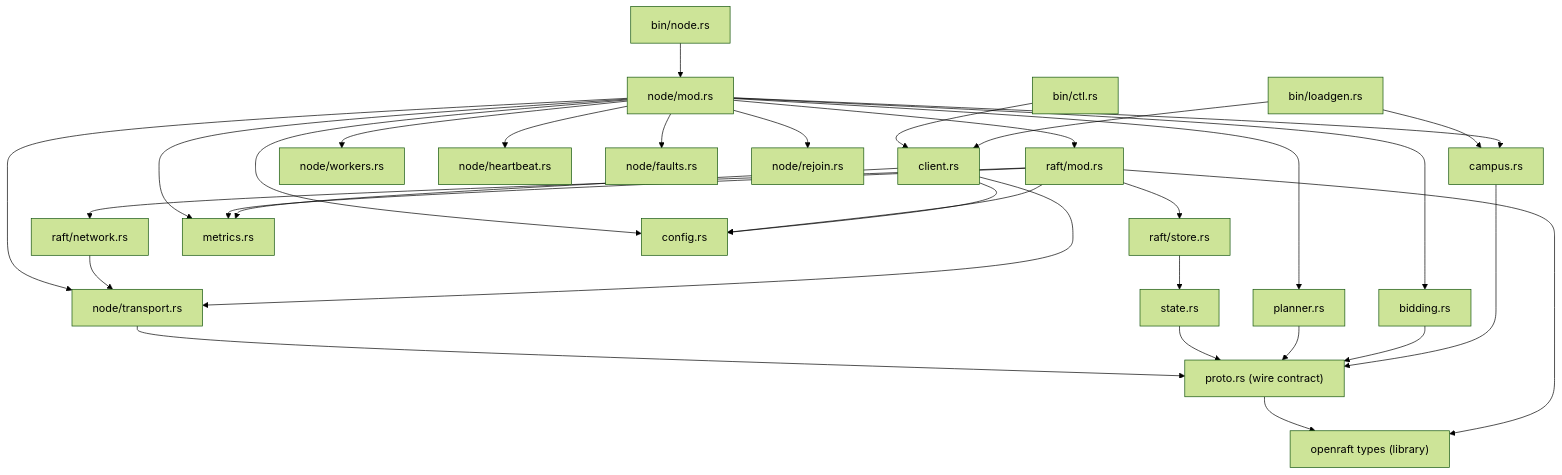
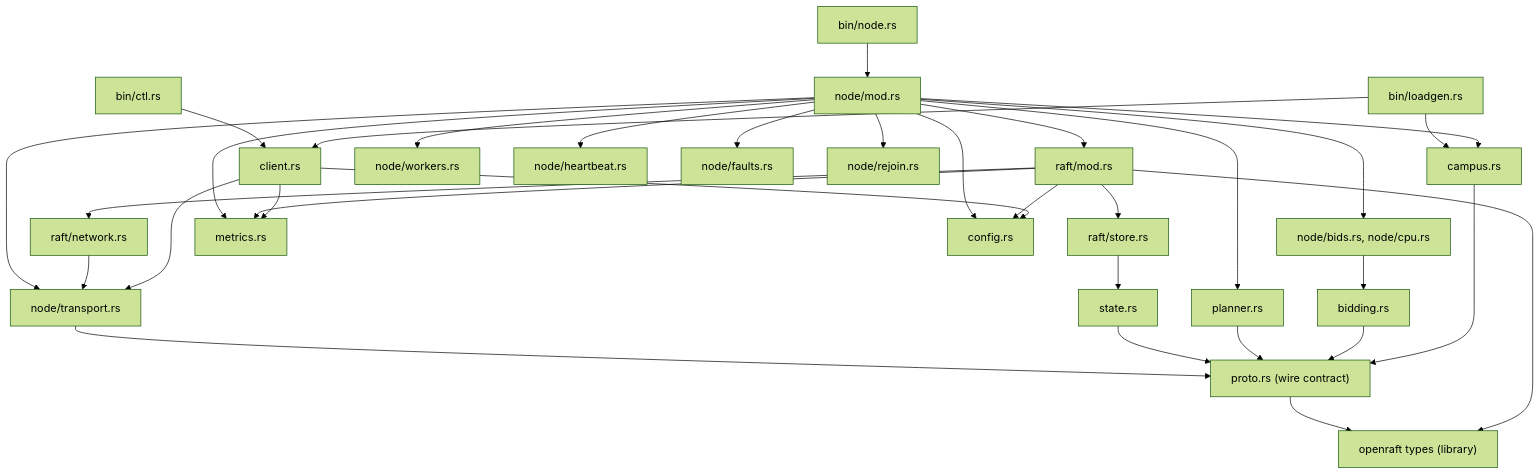
One commit to noortaytoy1/DistributedSystems changed the third of 26 diagrams in docs/architecture.md. Above: the diagram before and after it, drawn with Mermaid (forest theme). The commit also changed other lines of this file and 13 other files, not shown here.

````diff
--- a/docs/architecture.md
+++ b/docs/architecture.md
@@ -183,34 +183,35 @@
 ```mermaid
 flowchart TD
     BNODE["bin/node.rs"] --> NODE["node/mod.rs"]
     BCTL["bin/ctl.rs"] --> CLIENT["client.rs"]
     BLOAD["bin/loadgen.rs"] --> CLIENT
     BLOAD --> CAMPUS["campus.rs"]
     NODE --> RAFT["raft/mod.rs"]
     NODE --> TRANSPORT["node/transport.rs"]
     NODE --> WORKERS["node/workers.rs"]
     NODE --> HEART["node/heartbeat.rs"]
     NODE --> FAULTS["node/faults.rs"]
     NODE --> REJOIN["node/rejoin.rs"]
     NODE --> PLANNER["planner.rs"]
     NODE --> CAMPUS
-    NODE --> BIDDING["bidding.rs"]
+    NODE --> BIDS["node/bids.rs, node/cpu.rs"]
+    BIDS --> BIDDING["bidding.rs"]
     RAFT --> NETWORK["raft/network.rs"]
     RAFT --> STORE["raft/store.rs"]
     NETWORK --> TRANSPORT
     STORE --> STATE["state.rs"]
     CLIENT --> TRANSPORT
     TRANSPORT --> PROTO["proto.rs (wire contract)"]
     STATE --> PROTO
     PLANNER --> PROTO
     BIDDING --> PROTO
     CAMPUS --> PROTO
     NODE --> METRICS["metrics.rs"]
     RAFT --> METRICS
     CLIENT --> METRICS
     NODE --> CONFIG["config.rs"]
     RAFT --> CONFIG
     CLIENT --> CONFIG
     PROTO --> OR["openraft types (library)"]
     RAFT --> OR
 ```
````
